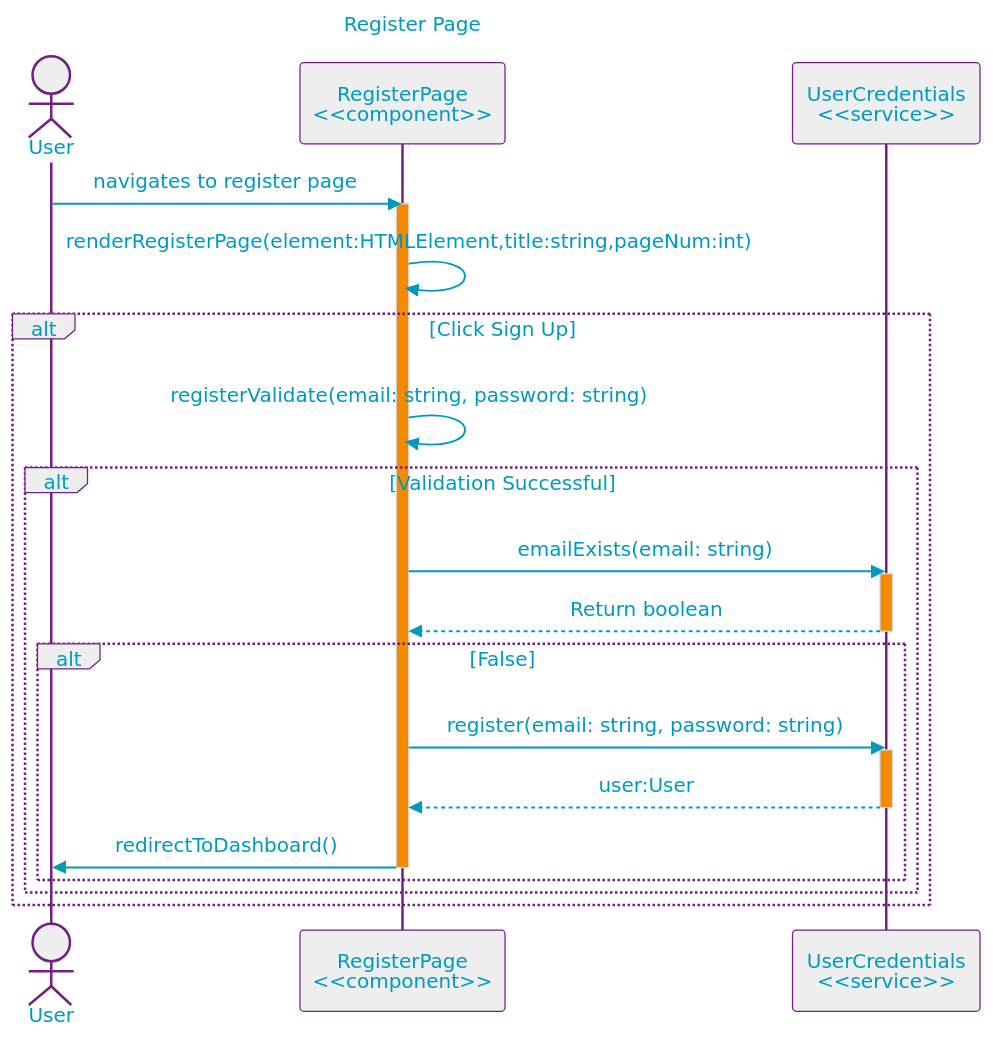
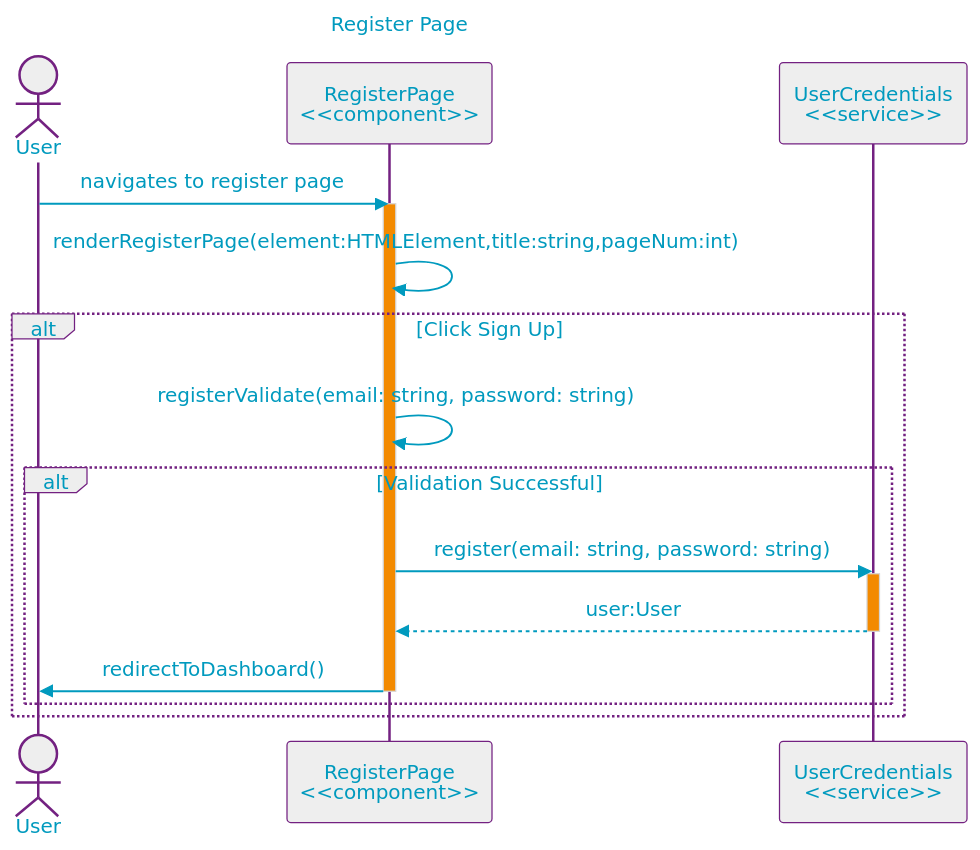
The diagram in uml/seq-register-page.md (null-0ne/COSA-195-Gamehub), drawn with Mermaid before and after one commit. The commit also changed 5 other files, not shown here.

````diff
--- a/uml/seq-register-page.md
+++ b/uml/seq-register-page.md
@@ -3,44 +3,39 @@
 ```mermaid
 %%{init:{"securityLevel":"loose","layout":"elk","elk":{"nodePlacementStrategy":"NETWORK_SIMPLEX"},"theme":"base",
 "themeVariables":{"primaryColor":"#EEE","primaryTextColor":"#009ABE","primaryBorderColor":"#732181","lineColor":"#009ABE","noteBorderColor":"#732181","noteBkgColor":"#F38A00","activationBkgColor":"#F38A00"    }
 }}%%
 %%----------------------- MERMAID MARKUP BELOW --------------------%%
 
 
 sequenceDiagram
 title: Register Page
 
     actor u as User
     participant r as RegisterPage<br><<component>>
     participant c as UserCredentials<br><<service>> 
     
 
     u->>r: navigates to register page
     activate r
     r->>r: renderRegisterPage(element:HTMLElement,title:string,pageNum:int)
     alt Click Sign Up
         r->>r: registerValidate(email: string, password: string)
         alt Validation Successful
-        r->>c: emailExists(email: string)
-        activate c
-        c-->>r: Return boolean
-        deactivate c
-        alt False
             r->>c: register(email: string, password: string)
         activate c
             c-->>r: user:User
         deactivate c
             r->>u: redirectToDashboard()
             
     deactivate r
             
-        end
+        
         end
     end
     
 
 
 
 
 %%----------------------- MERMAID MARKUP ABOVE --------------------%%
 ```
````
